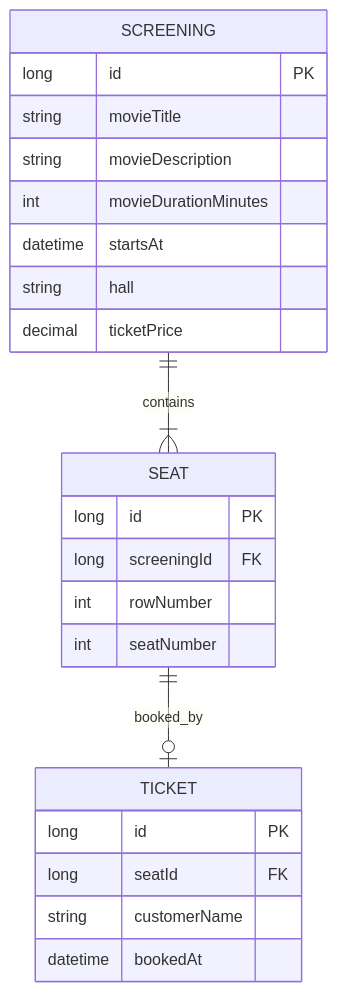
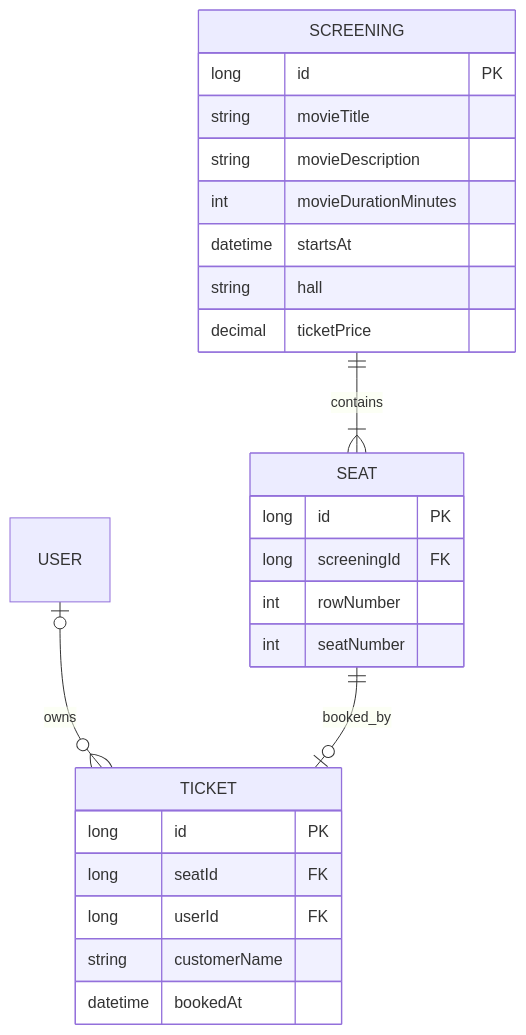
The diagram in README.md (The-shtrihs/AbsoluteSvinema), drawn with Mermaid before and after one commit. The commit also changed other lines of this file and 7 other files, not shown here.

````diff
--- a/README.md
+++ b/README.md
@@ -49,26 +53,28 @@
 ```mermaid
 erDiagram
+    USER o|--o{ TICKET : owns
     SCREENING ||--|{ SEAT : contains
     SEAT ||--o| TICKET : booked_by
     SCREENING {
         long id PK
         string movieTitle
         string movieDescription
         int movieDurationMinutes
         datetime startsAt
         string hall
         decimal ticketPrice
     }
     SEAT {
         long id PK
         long screeningId FK
         int rowNumber
         int seatNumber
     }
     TICKET {
         long id PK
         long seatId FK
+        long userId FK
         string customerName
         datetime bookedAt
     }
 ```
````
